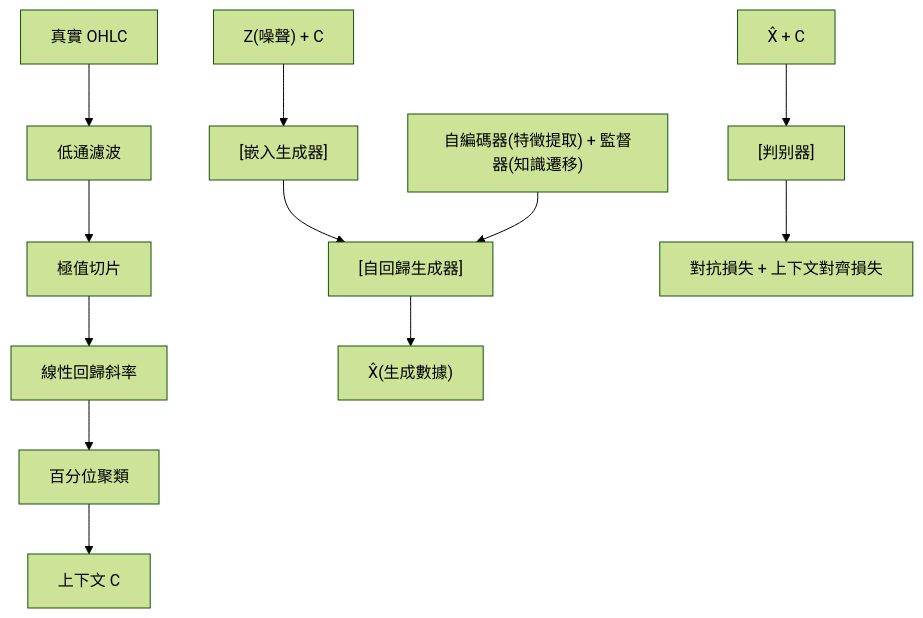
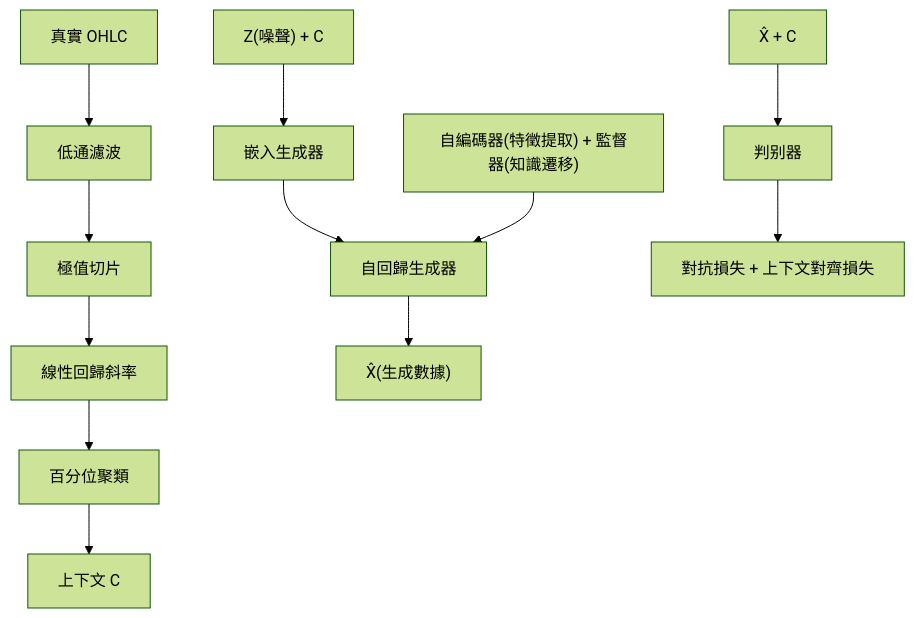
Before and after one commit to sou350121/Trading-Handbook: the diagram in foundations/data-generation-augmentation/market-gan.md, drawn with Mermaid (forest theme). The commit also changed 191 other files, not shown here.

First line of the commit message:
render: fix math + mermaid for GitHub across the corpus (188 pages)

````diff
--- a/foundations/data-generation-augmentation/market-gan.md
+++ b/foundations/data-generation-augmentation/market-gan.md
@@ -30,14 +30,14 @@
 ```mermaid
 flowchart TD
     A["真實 OHLC"] --> B["低通濾波"]
     B["低通濾波"] --> C["極值切片"]
     C["極值切片"] --> D["線性回歸斜率"]
     D["線性回歸斜率"] --> E["百分位聚類"]
     E["百分位聚類"] --> F["上下文 C"]
-    G["Z(噪聲) + C"] --> H["[嵌入生成器]"]
-    H["[嵌入生成器]"] --> I["[自回歸生成器]"]
-    I["[自回歸生成器]"] --> J["X̂(生成數據)"]
-    K["自編碼器(特徵提取) + 監督器(知識遷移)"] --> I["[自回歸生成器]"]
-    L["X̂ + C"] --> M["[判别器]"]
-    M["[判别器]"] --> N["對抗損失 + 上下文對齊損失"]
+    G["Z(噪聲) + C"] --> H["嵌入生成器"]
+    H["嵌入生成器"] --> I["自回歸生成器"]
+    I["自回歸生成器"] --> J["X̂(生成數據)"]
+    K["自編碼器(特徵提取) + 監督器(知識遷移)"] --> I["自回歸生成器"]
+    L["X̂ + C"] --> M["判别器"]
+    M["判别器"] --> N["對抗損失 + 上下文對齊損失"]
 ```
````
